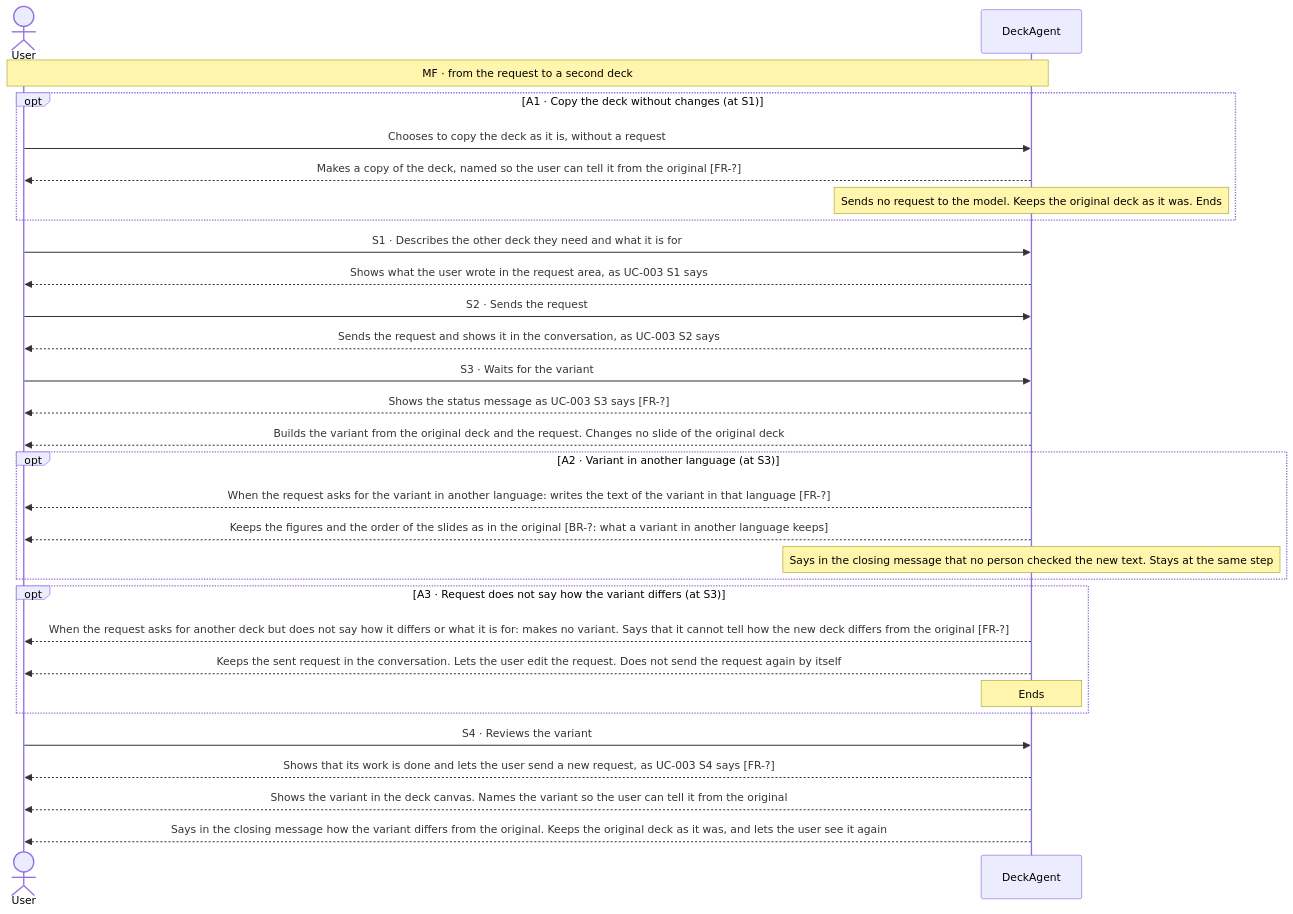
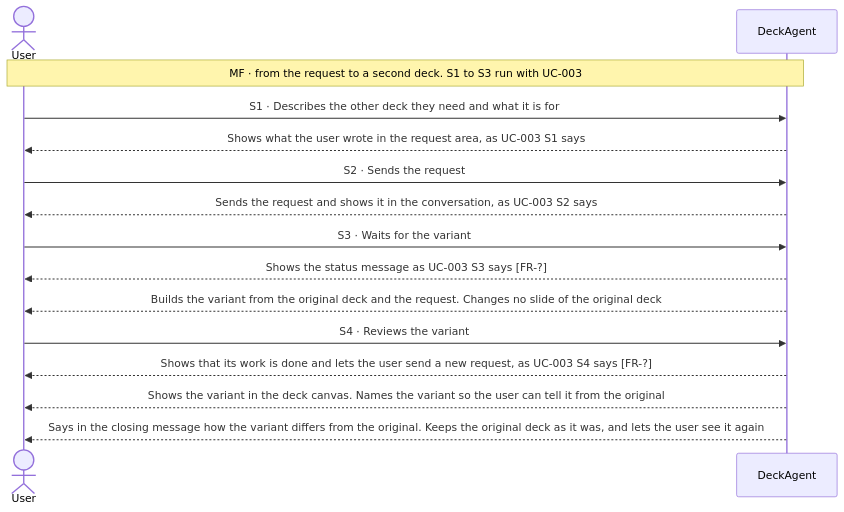
One commit to Luke23127006/DeckAgent changed the first of 4 diagrams in docs/spec/03-use-cases/UC-011.md. Above: the diagram before and after it, drawn with Mermaid. The commit also changed other lines of this file and 25 other files, not shown here.

Commit message:
docs(spec): restructure use cases with main flow first

````diff
--- a/docs/spec/03-use-cases/UC-011.md
+++ b/docs/spec/03-use-cases/UC-011.md
@@ -38,32 +38,17 @@
 ```mermaid
 sequenceDiagram
     actor User
     participant DeckAgent
-    Note over User,DeckAgent: MF · from the request to a second deck
-    opt A1 · Copy the deck without changes (at S1)
-        User->>DeckAgent: Chooses to copy the deck as it is, without a request
-        DeckAgent-->>User: Makes a copy of the deck, named so the user can tell it from the original [FR-?]
-        note over DeckAgent: Sends no request to the model. Keeps the original deck as it was. Ends
-    end
+    Note over User,DeckAgent: MF · from the request to a second deck. S1 to S3 run with UC-003
     User->>DeckAgent: S1 · Describes the other deck they need and what it is for
     DeckAgent-->>User: Shows what the user wrote in the request area, as UC-003 S1 says
     User->>DeckAgent: S2 · Sends the request
     DeckAgent-->>User: Sends the request and shows it in the conversation, as UC-003 S2 says
     User->>DeckAgent: S3 · Waits for the variant
     DeckAgent-->>User: Shows the status message as UC-003 S3 says [FR-?]
     DeckAgent-->>User: Builds the variant from the original deck and the request. Changes no slide of the original deck
-    opt A2 · Variant in another language (at S3)
-        DeckAgent-->>User: When the request asks for the variant in another language: writes the text of the variant in that language [FR-?]
-        DeckAgent-->>User: Keeps the figures and the order of the slides as in the original [BR-?: what a variant in another language keeps]
-        note over DeckAgent: Says in the closing message that no person checked the new text. Stays at the same step
-    end
-    opt A3 · Request does not say how the variant differs (at S3)
-        DeckAgent-->>User: When the request asks for another deck but does not say how it differs or what it is for: makes no variant. Says that it cannot tell how the new deck differs from the original [FR-?]
-        DeckAgent-->>User: Keeps the sent request in the conversation. Lets the user edit the request. Does not send the request again by itself
-        note over DeckAgent: Ends
-    end
     User->>DeckAgent: S4 · Reviews the variant
     DeckAgent-->>User: Shows that its work is done and lets the user send a new request, as UC-003 S4 says [FR-?]
     DeckAgent-->>User: Shows the variant in the deck canvas. Names the variant so the user can tell it from the original
     DeckAgent-->>User: Says in the closing message how the variant differs from the original. Keeps the original deck as it was, and lets the user see it again
 ```
````
